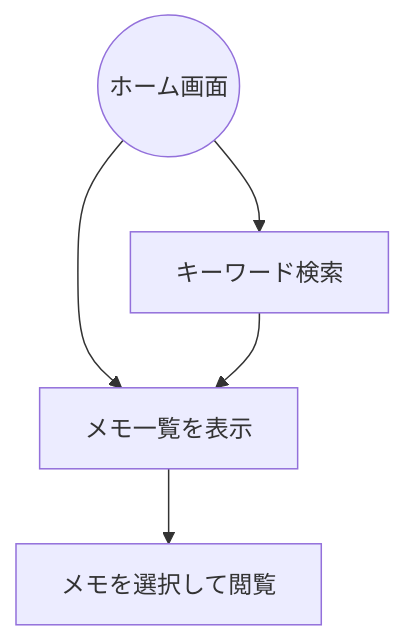
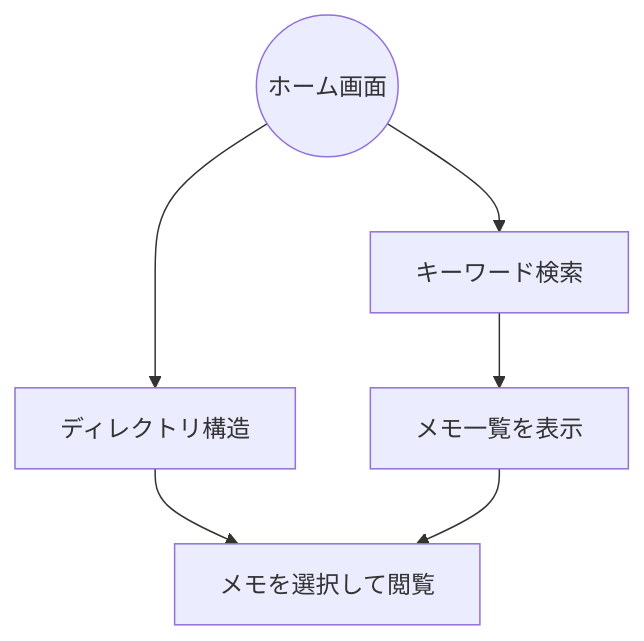
One commit to assari-harassment/voicebooklm-docs changed the second of 2 diagrams in src/UML図/activity.md. Above: the diagram before and after it, drawn with Mermaid. The commit also changed other lines of this file, not shown here.

Commit message:
アクティビティず更新

````diff
--- a/src/UML図/activity.md
+++ b/src/UML図/activity.md
@@ -22,8 +22,9 @@
 ```mermaid
 flowchart TD
     Home((ホーム画面))
-    Home --> List[メモ一覧を表示]
+    Home --> Directory[ディレクトリ構造]
     Home --> Search[キーワード検索]
-    Search --> List
-    List --> Detail[メモを選択して閲覧]
+    Directory --> Detail[メモを選択して閲覧]
+    Search --> List[メモ一覧を表示]
+    List --> Detail
 ```
````
